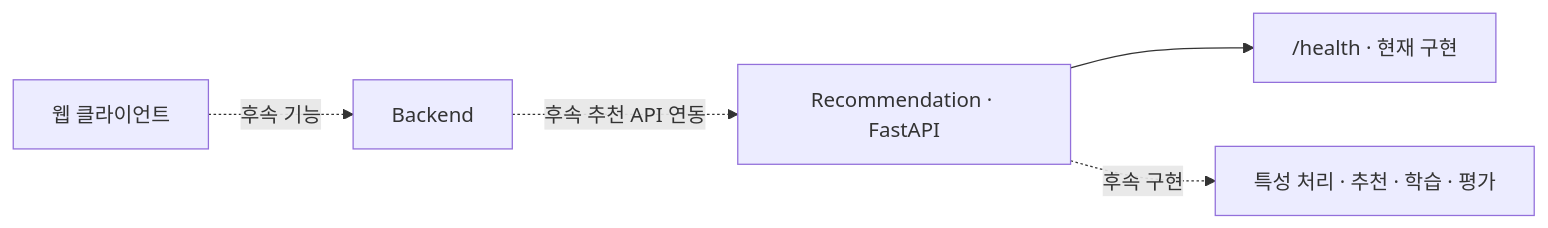
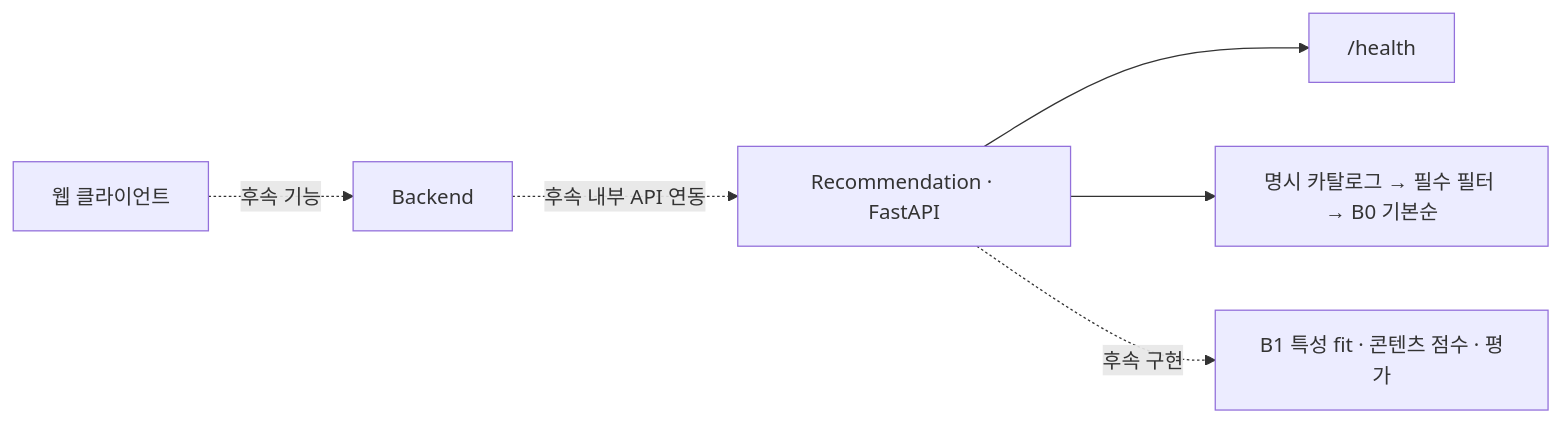
The diagram in README.md (Pubburi/Recommendation), drawn with Mermaid before and after one commit. The commit also changed other lines of this file and 13 other files, not shown here.

```diff
--- a/README.md
+++ b/README.md
@@ -58,7 +60,8 @@
 ~~~mermaid
 flowchart LR
     Web["웹 클라이언트"] -. "후속 기능" .-> Backend["Backend"]
-    Backend -. "후속 추천 API 연동" .-> API["Recommendation · FastAPI"]
-    API --> Health["/health · 현재 구현"]
-    API -. "후속 구현" .-> Model["특성 처리 · 추천 · 학습 · 평가"]
+    Backend -. "후속 내부 API 연동" .-> API["Recommendation · FastAPI"]
+    API --> Health["/health"]
+    API --> Baseline["명시 카탈로그 → 필수 필터 → B0 기본순"]
+    API -. "후속 구현" .-> Model["B1 특성 fit · 콘텐츠 점수 · 평가"]
 ~~~
```
